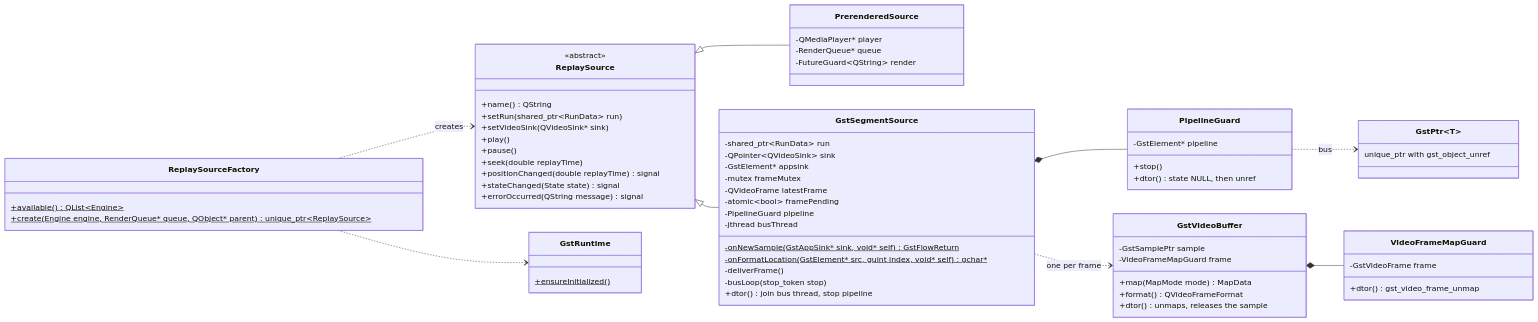
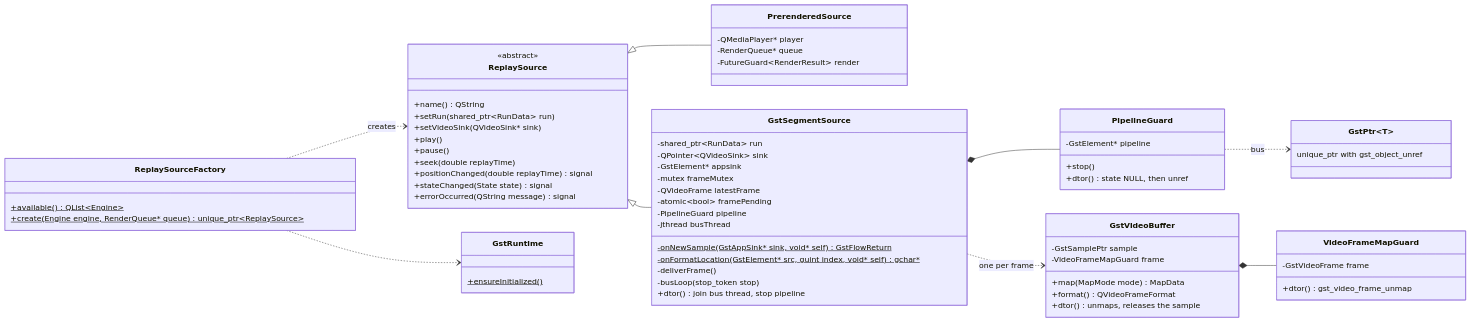
Before and after one commit to muhammadadeelzahid/replay-lab: the second of 4 diagrams in docs/diagrams.md, drawn with Mermaid. The commit also changed other lines of this file and 24 other files, not shown here.

First line of the commit message:
Step 8: replay player with the pre-rendered engine

````diff
--- a/docs/diagrams.md
+++ b/docs/diagrams.md
@@ -201,71 +201,71 @@
 ```mermaid
 classDiagram
   direction LR
 
   class ReplaySource {
     <<abstract>>
     +name() QString
     +setRun(shared_ptr~RunData~ run)
     +setVideoSink(QVideoSink* sink)
     +play()
     +pause()
     +seek(double replayTime)
     +positionChanged(double replayTime) signal
     +stateChanged(State state) signal
     +errorOccurred(QString message) signal
   }
   class PrerenderedSource {
     -QMediaPlayer* player
     -RenderQueue* queue
-    -FutureGuard~QString~ render
+    -FutureGuard~RenderResult~ render
   }
   class GstSegmentSource {
     -shared_ptr~RunData~ run
     -QPointer~QVideoSink~ sink
     -GstElement* appsink
     -mutex frameMutex
     -QVideoFrame latestFrame
     -atomic~bool~ framePending
     -PipelineGuard pipeline
     -jthread busThread
     -onNewSample(GstAppSink* sink, void* self)$ GstFlowReturn
     -onFormatLocation(GstElement* src, guint index, void* self)$ gchar*
     -deliverFrame()
     -busLoop(stop_token stop)
     +dtor() join bus thread, stop pipeline
   }
   class ReplaySourceFactory {
     +available()$ QList~Engine~
-    +create(Engine engine, RenderQueue* queue, QObject* parent)$ unique_ptr~ReplaySource~
+    +create(Engine engine, RenderQueue* queue)$ unique_ptr~ReplaySource~
   }
   class GstRuntime {
     +ensureInitialized()$
   }
   class GstPtr~T~ {
     unique_ptr with gst_object_unref
   }
   class PipelineGuard {
     -GstElement* pipeline
     +stop()
     +dtor() state NULL, then unref
   }
   class GstVideoBuffer {
     -GstSamplePtr sample
     -VideoFrameMapGuard frame
     +map(MapMode mode) MapData
     +format() QVideoFrameFormat
     +dtor() unmaps, releases the sample
   }
   class VideoFrameMapGuard {
     -GstVideoFrame frame
     +dtor() gst_video_frame_unmap
   }
   ReplaySource <|-- PrerenderedSource
   ReplaySource <|-- GstSegmentSource
   ReplaySourceFactory ..> ReplaySource : creates
   ReplaySourceFactory ..> GstRuntime
   GstSegmentSource *-- PipelineGuard
   GstSegmentSource ..> GstVideoBuffer : one per frame
   GstVideoBuffer *-- VideoFrameMapGuard
   PipelineGuard ..> GstPtr : bus
 ```
````
